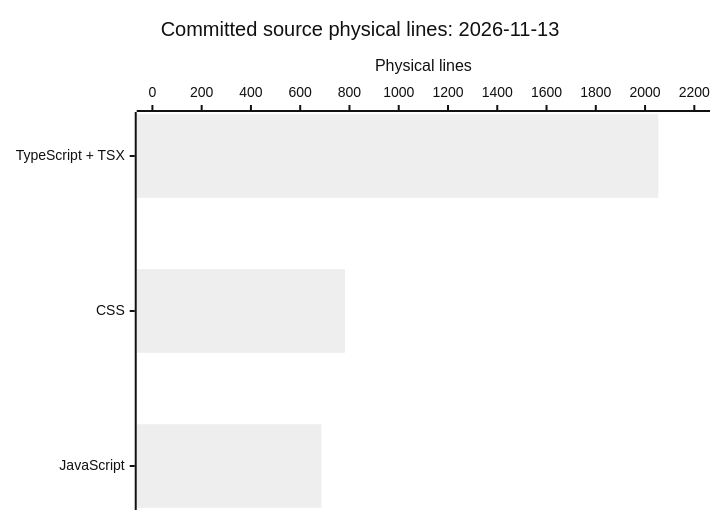
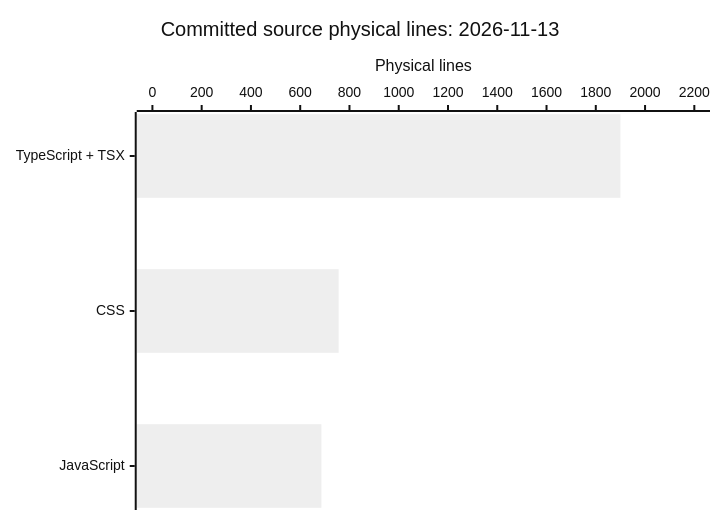
The diagram in droid-wiki/by-the-numbers.md (FactoryDemo/demo-storefront-practice), drawn with Mermaid (neutral theme) before and after one commit. The commit also changed other lines of this file and 16 other files, not shown here.

````diff
--- a/droid-wiki/by-the-numbers.md
+++ b/droid-wiki/by-the-numbers.md
@@ -28,7 +28,7 @@
 ```mermaid
 xychart-beta horizontal
   title "Committed source physical lines: 2026-11-13"
   x-axis ["TypeScript + TSX", "CSS", "JavaScript"]
   y-axis "Physical lines" 0 --> 2200
-  bar [2054, 782, 686]
+  bar [1900, 756, 686]
 ```
````
